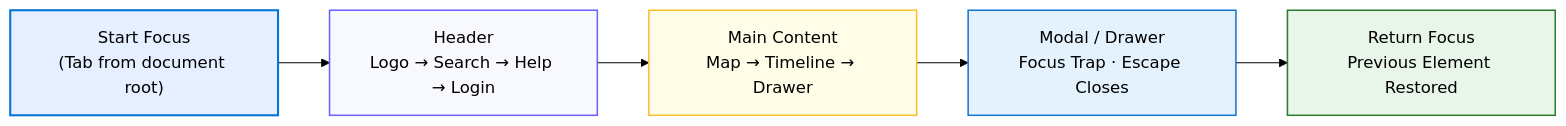
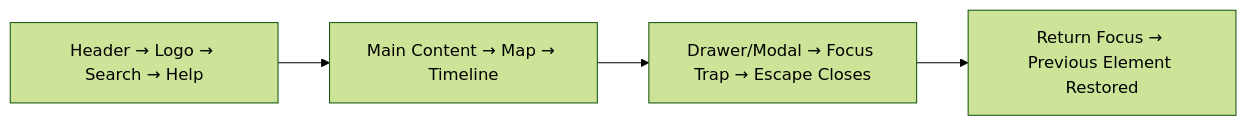
One commit to bartytime4life/Kansas-Frontier-Matrix changed the diagram in docs/design/reviews/accessibility/templates/accessibility_audit_template.md. Above: the diagram before and after it, drawn with Mermaid (forest theme). The commit also changed other lines of this file, not shown here.

`````diff
--- a/docs/design/reviews/accessibility/templates/accessibility_audit_template.md
+++ b/docs/design/reviews/accessibility/templates/accessibility_audit_template.md
@@ -96,15 +156,6 @@
 ```mermaid
 flowchart LR
-  A["Start Focus\n(Tab from document root)"] --> B["Header\nLogo → Search → Help → Login"]
-  B --> C["Main Content\nMap → Timeline → Drawer"]
-  C --> D["Modal / Drawer\nFocus Trap · Escape Closes"]
-  D --> E["Return Focus\nPrevious Element Restored"]
-
-  style A fill:#E6EFFF,stroke:#0074D9,stroke-width:2px
-  style B fill:#F8F8FF,stroke:#6C63FF,stroke-width:1.5px
-  style C fill:#FFFDE7,stroke:#FBC02D,stroke-width:1.5px
-  style D fill:#E3F2FD,stroke:#1976D2,stroke-width:1.5px
-  style E fill:#E8F5E9,stroke:#2E7D32,stroke-width:1.5px
-
-  %% END OF MERMAID
-````
+  A["Header → Logo → Search → Help"] --> B["Main Content → Map → Timeline"]
+  B --> C["Drawer/Modal → Focus Trap → Escape Closes"]
+  C --> D["Return Focus → Previous Element Restored"]
+```
`````
